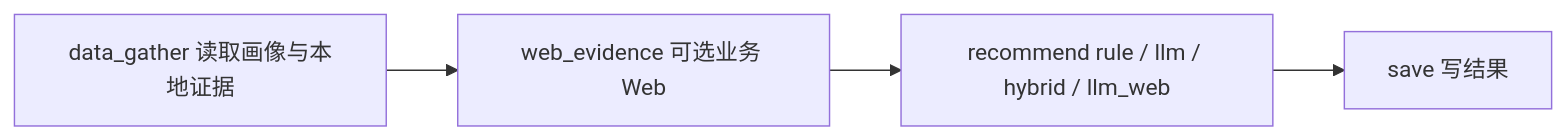
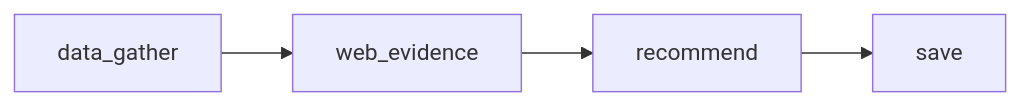
Before and after one commit to leeing/xft-dd: the first of 2 diagrams in docs/ARCHITECTURE.md, drawn with Mermaid. The commit also changed other lines of this file and 5 other files, not shown here.

First line of the commit message:
📝 docs: refresh README and architecture docs

````diff
--- a/docs/ARCHITECTURE.md
+++ b/docs/ARCHITECTURE.md
@@ -37,6 +29,6 @@
 ```mermaid
 flowchart LR
-    gather["data_gather 读取画像与本地证据"] --> web["web_evidence 可选业务 Web"]
-    web --> business["recommend rule / llm / hybrid / llm_web"]
-    business --> save["save 写结果"]
+    gather["data_gather"] --> web["web_evidence"]
+    web --> recommend["recommend"]
+    recommend --> save["save"]
 ```
````
